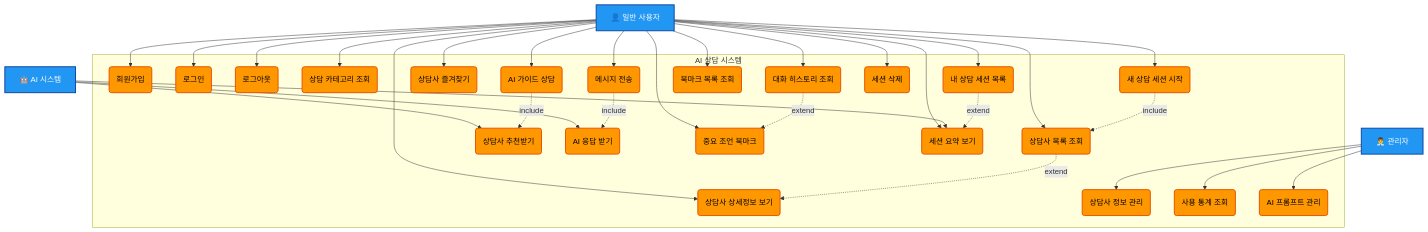
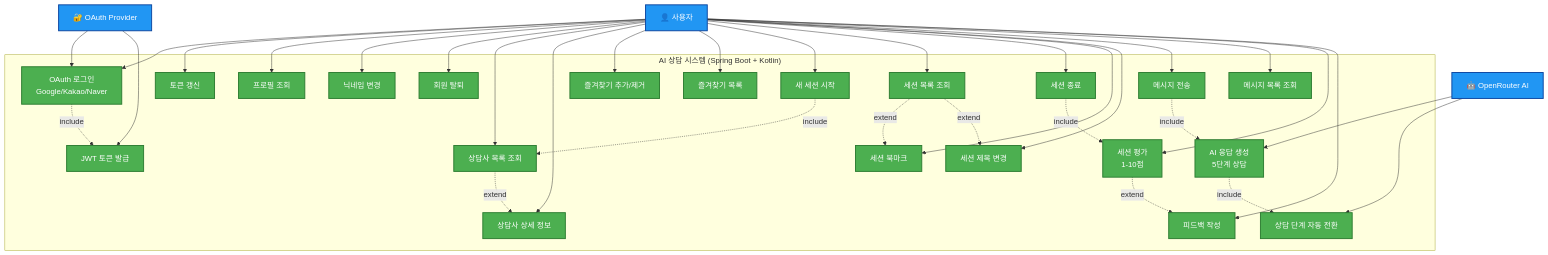
Before and after one commit to Mrbaeksang/ai-counseling-app: the first of 2 diagrams in docs/use-case-diagram.md, drawn with Mermaid. The commit also changed other lines of this file and 6 other files, not shown here.

````diff
--- a/docs/use-case-diagram.md
+++ b/docs/use-case-diagram.md
@@ -5,84 +5,87 @@
 ```mermaid
 graph TB
-    %% 스타일 정의 (진한 색상으로 가독성 개선)
+    %% 스타일 정의
     classDef actor fill:#2196F3,stroke:#0D47A1,stroke-width:2px,color:#FFFFFF
-    classDef usecase fill:#FF9800,stroke:#E65100,stroke-width:2px,color:#000000
-    classDef system fill:#9C27B0,stroke:#4A148C,stroke-width:2px,color:#FFFFFF
+    classDef usecase fill:#4CAF50,stroke:#2E7D32,stroke-width:2px,color:#FFFFFF
+    classDef system fill:#9C27B0,stroke:#4A148C,stroke-width:3px,color:#FFFFFF
     
     %% 액터
-    User[👤 일반 사용자]:::actor
-    AI[🤖 AI 시스템]:::actor  
-    Admin[👨‍💼 관리자]:::actor
+    User[👤 사용자]:::actor
+    OAuth[🔐 OAuth Provider]:::actor  
+    AI[🤖 OpenRouter AI]:::actor
     
     %% 시스템 경계
-    subgraph System[" AI 상담 시스템 "]
-        %% 인증 관련
-        UC1(회원가입):::usecase
-        UC2(로그인):::usecase
-        UC3(로그아웃):::usecase
+    subgraph System[" AI 상담 시스템 (Spring Boot + Kotlin) "]
+        %% 인증 관련 (구현 완료)
+        UC1[OAuth 로그인<br/>Google/Kakao/Naver]:::usecase
+        UC2[JWT 토큰 발급]:::usecase
+        UC3[토큰 갱신]:::usecase
+        UC4[프로필 조회]:::usecase
+        UC5[닉네임 변경]:::usecase
+        UC6[회원 탈퇴]:::usecase
         
-        %% 상담사 선택
-        UC4(상담 카테고리 조회):::usecase
-        UC5(상담사 목록 조회):::usecase
-        UC6(상담사 상세정보 보기):::usecase
-        UC7(AI 가이드 상담):::usecase
-        UC8(상담사 추천받기):::usecase
-        UC9(상담사 즐겨찾기):::usecase
+        %% 상담사 관련 (구현 완료)
+        UC7[상담사 목록 조회]:::usecase
+        UC8[상담사 상세 정보]:::usecase
+        UC9[즐겨찾기 추가/제거]:::usecase
+        UC10[즐겨찾기 목록]:::usecase
         
-        %% 대화 관련
-        UC10(새 상담 세션 시작):::usecase
-        UC11(메시지 전송):::usecase
-        UC12(AI 응답 받기):::usecase
-        UC13(대화 히스토리 조회):::usecase
-        UC14(중요 조언 북마크):::usecase
-        UC15(북마크 목록 조회):::usecase
+        %% 세션 관련 (구현 완료)
+        UC11[새 세션 시작]:::usecase
+        UC12[세션 목록 조회]:::usecase
+        UC13[세션 종료]:::usecase
+        UC14[세션 북마크]:::usecase
+        UC15[세션 제목 변경]:::usecase
         
-        %% 세션 관리
-        UC16(내 상담 세션 목록):::usecase
-        UC17(세션 요약 보기):::usecase
-        UC18(세션 삭제):::usecase
+        %% 대화 관련 (구현 완료)
+        UC16[메시지 전송]:::usecase
+        UC17[AI 응답 생성<br/>5단계 상담]:::usecase
+        UC18[메시지 목록 조회]:::usecase
+        UC19[상담 단계 자동 전환]:::usecase
         
-        %% 관리자
-        UC19(상담사 정보 관리):::usecase
-        UC20(사용 통계 조회):::usecase
-        UC21(AI 프롬프트 관리):::usecase
+        %% 평가 관련 (구현 완료)
+        UC20[세션 평가<br/>1-10점]:::usecase
+        UC21[피드백 작성]:::usecase
     end
     
     %% 사용자 연결
     User --> UC1
-    User --> UC2
     User --> UC3
     User --> UC4
     User --> UC5
     User --> UC6
     User --> UC7
+    User --> UC8
     User --> UC9
     User --> UC10
     User --> UC11
+    User --> UC12
     User --> UC13
     User --> UC14
     User --> UC15
     User --> UC16
-    User --> UC17
     User --> UC18
+    User --> UC20
+    User --> UC21
+    
+    %% OAuth Provider 연결
+    OAuth --> UC1
+    OAuth --> UC2
     
     %% AI 시스템 연결
-    AI --> UC8
-    AI --> UC12
     AI --> UC17
+    AI --> UC19
     
-    %% 관리자 연결
-    Admin --> UC19
-    Admin --> UC20
-    Admin --> UC21
+    %% Include 관계
+    UC1 -.include.-> UC2
+    UC11 -.include.-> UC7
+    UC16 -.include.-> UC17
+    UC17 -.include.-> UC19
+    UC13 -.include.-> UC20
     
-    %% Include 관계 (점선)
-    UC7 -.include.-> UC8
-    UC10 -.include.-> UC5
-    UC11 -.include.-> UC12
-    
-    %% Extend 관계 (점선)
-    UC5 -.extend.-> UC6
-    UC13 -.extend.-> UC14
-    UC16 -.extend.-> UC17
+    %% Extend 관계
+    UC7 -.extend.-> UC8
+    UC20 -.extend.-> UC21
+    UC12 -.extend.-> UC14
+    UC12 -.extend.-> UC15
 ```
````
